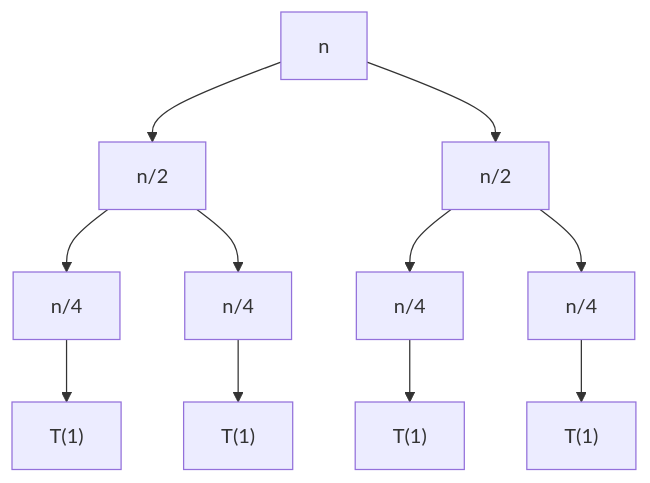
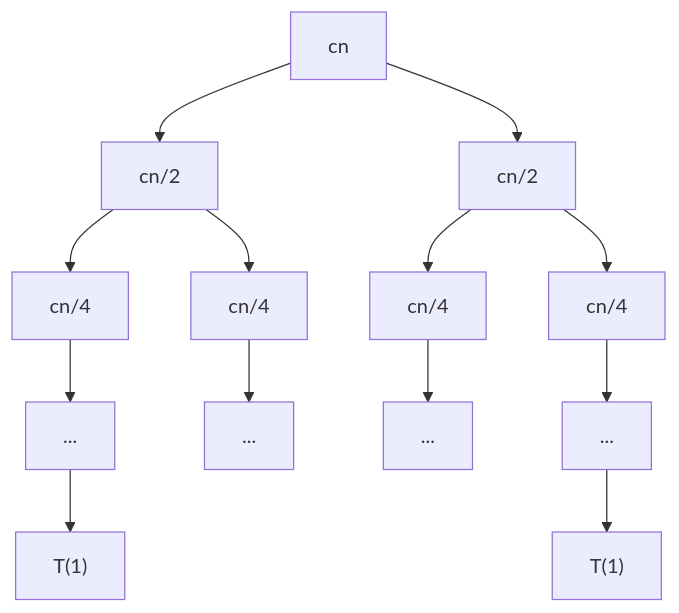
Before and after one commit to norbutlepcha25/CSF302: the first of 2 diagrams in docs/unit3/topic3.md, drawn with Mermaid. The commit also changed other lines of this file and 79 other files, not shown here.

````diff
--- a/docs/unit3/topic3.md
+++ b/docs/unit3/topic3.md
@@ -92,17 +73,15 @@
-      ```mermaid
-            flowchart TD
-            A["n"] --> B1["n/2"]
-            A --> B2["n/2"]
-
-            B1 --> C1["n/4"]
-            B1 --> C2["n/4"]
-
-            B2 --> C3["n/4"]
-            B2 --> C4["n/4"]
-
-            C1 --> D1["T(1)"]
-            C2 --> D2["T(1)"]
-            C3 --> D3["T(1)"]
-            C4 --> D4["T(1)"]
-
-      ```
+```mermaid
+flowchart TD
+    A["cn"] --> B1["cn/2"]
+    A --> B2["cn/2"]
+    B1 --> C1["cn/4"]
+    B1 --> C2["cn/4"]
+    B2 --> C3["cn/4"]
+    B2 --> C4["cn/4"]
+    C1 --> D1["..."]
+    C2 --> D2["..."]
+    C3 --> D3["..."]
+    C4 --> D4["..."]
+    D1 --> E1["T(1)"]
+    D4 --> E4["T(1)"]
+```
````
